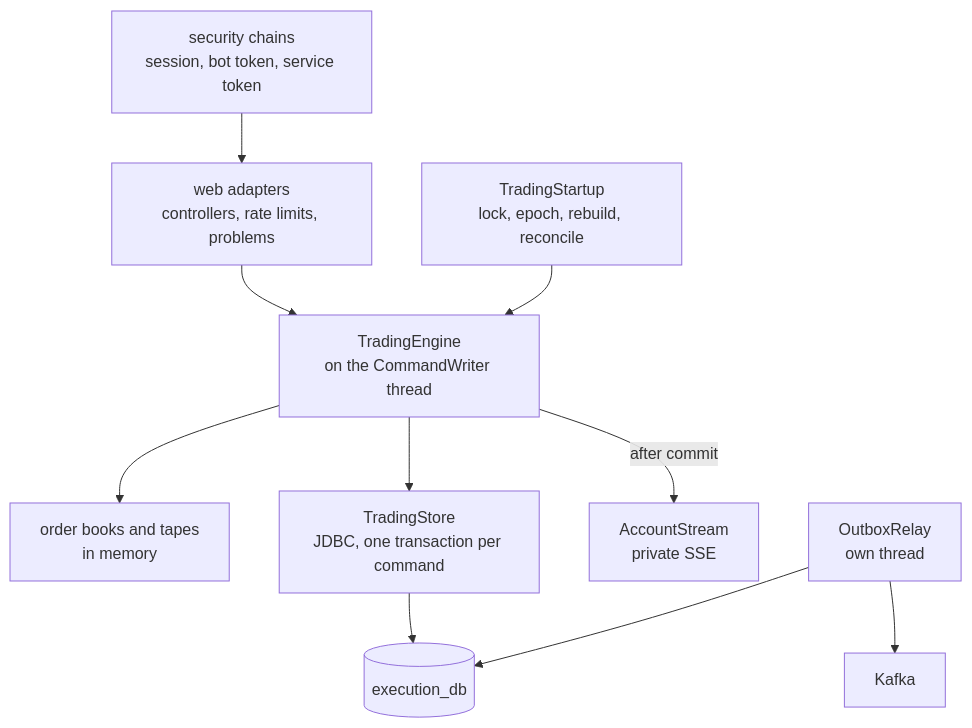
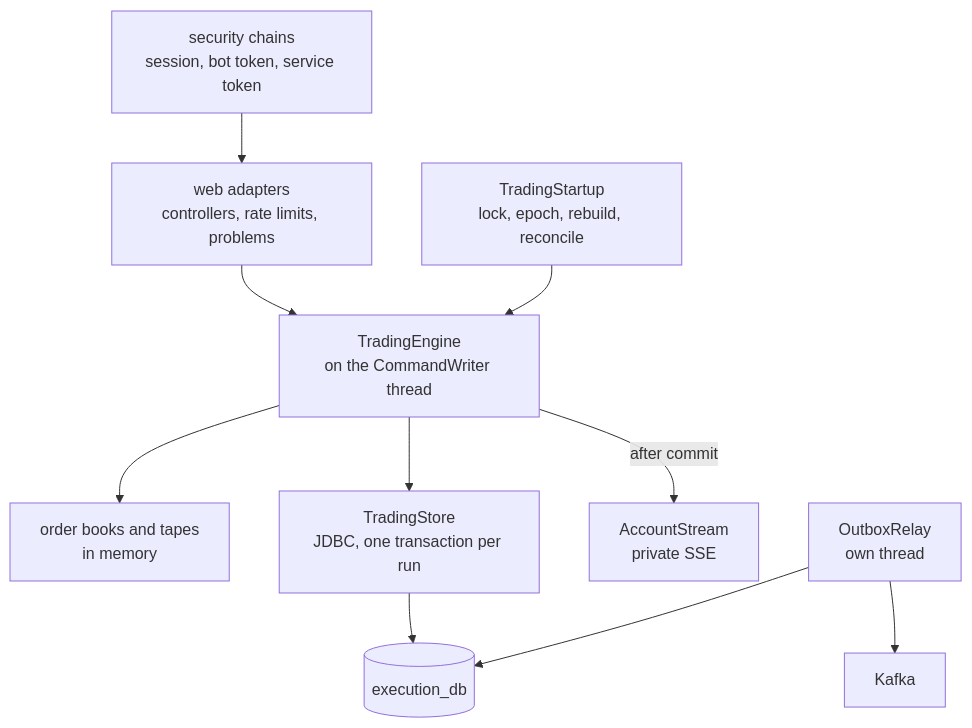
The third of 8 diagrams in docs/architecture.md (Princz-Mia/mini-stock-exchange), drawn with Mermaid before and after one commit. The commit also changed other lines of this file and 2 other files, not shown here.

````diff
--- a/docs/architecture.md
+++ b/docs/architecture.md
@@ -53,12 +53,12 @@
 ```mermaid
 flowchart TD
   W["web adapters<br/>controllers, rate limits, problems"] --> ENG
   ENG["TradingEngine<br/>on the CommandWriter thread"] --> BOOK["order books and tapes<br/>in memory"]
-  ENG --> ST["TradingStore<br/>JDBC, one transaction per command"]
+  ENG --> ST["TradingStore<br/>JDBC, one transaction per run"]
   ENG -->|"after commit"| AS["AccountStream<br/>private SSE"]
   ST --> DB[("execution_db")]
   REL["OutboxRelay<br/>own thread"] --> DB
   REL --> K["Kafka"]
   SEC["security chains<br/>session, bot token, service token"] --> W
   START["TradingStartup<br/>lock, epoch, rebuild, reconcile"] --> ENG
 ```
````
